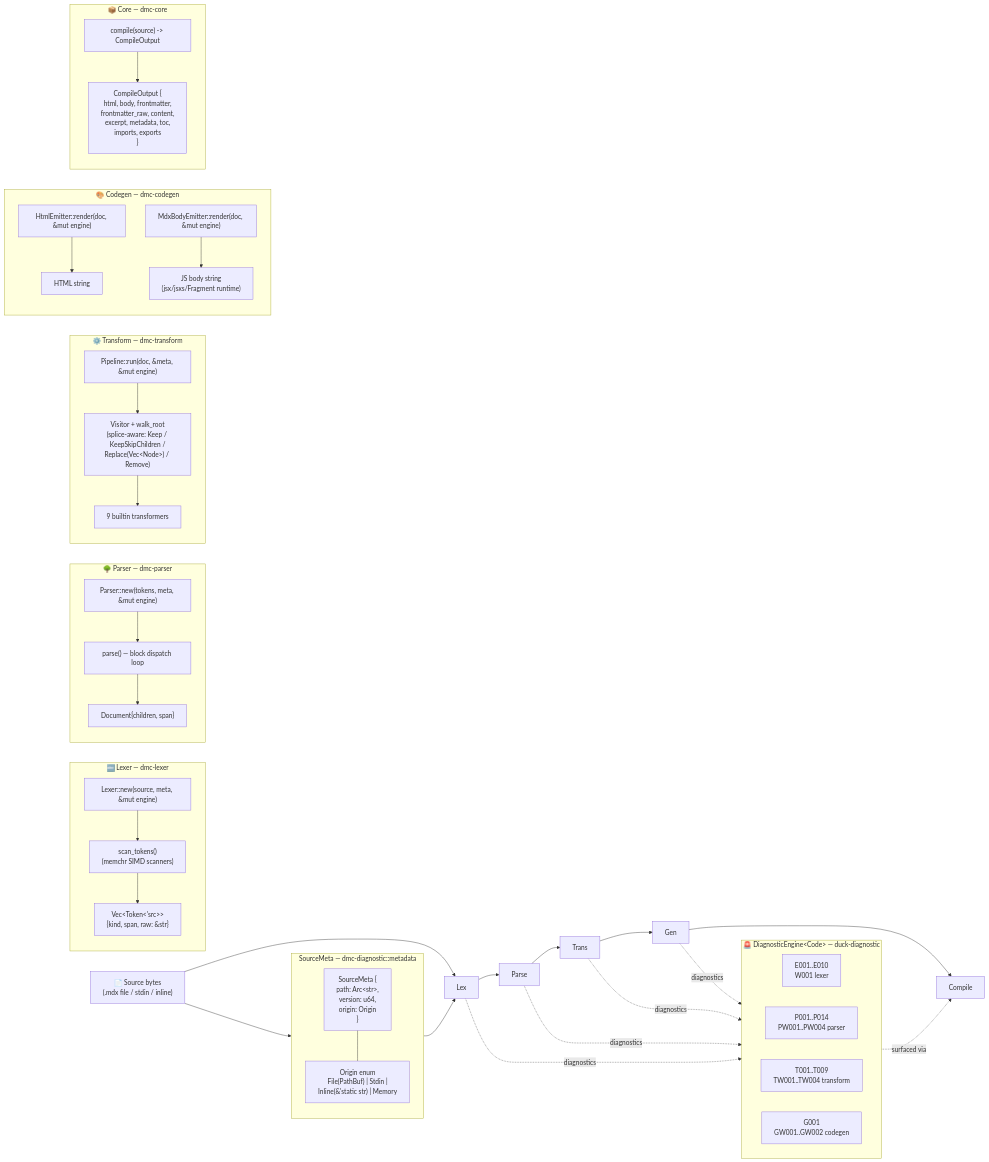
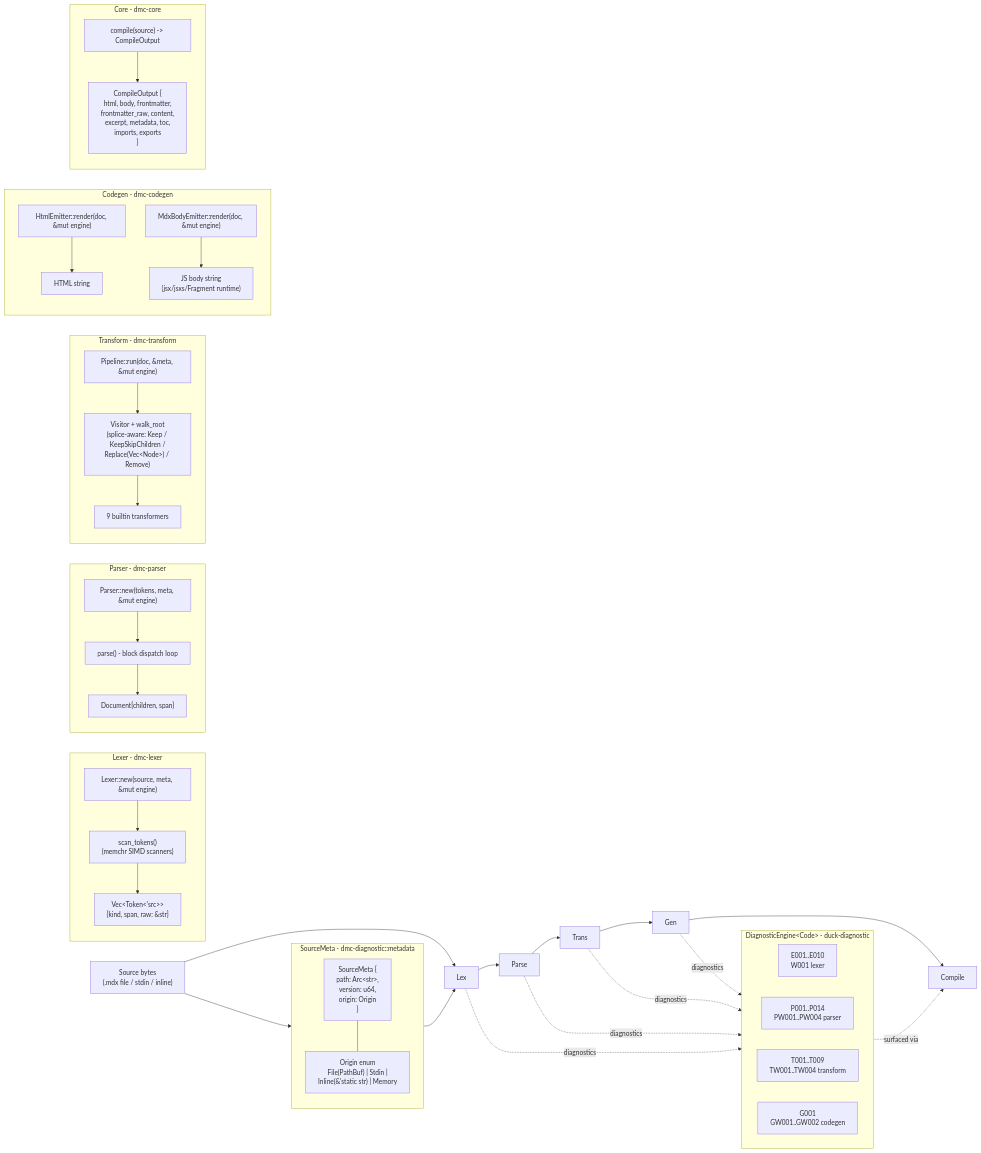
The first of 9 diagrams in examples/samples/architecture.mdx (gentleeduck/duck-mc), drawn with Mermaid before and after one commit. The commit also changed other lines of this file and 21 other files, not shown here.

````diff
--- a/examples/samples/architecture.mdx
+++ b/examples/samples/architecture.mdx
@@ -13,78 +13,78 @@
 ```mermaid
 flowchart LR
-  Source["📄 Source bytes<br/>(.mdx file / stdin / inline)"]
+  Source["Source bytes<br/>(.mdx file / stdin / inline)"]
   Source --> Meta
 
-  subgraph META["SourceMeta — dmc-diagnostic::metadata"]
+  subgraph META["SourceMeta - dmc-diagnostic::metadata"]
     direction TB
     Meta["SourceMeta {<br/>path: Arc&lt;str&gt;,<br/>version: u64,<br/>origin: Origin<br/>}"]
     Origin["Origin enum<br/>File(PathBuf) | Stdin |<br/>Inline(&amp;'static str) | Memory"]
     Meta --- Origin
   end
 
   Meta --> Lex
   Source --> Lex
 
-  subgraph LEX["🔤 Lexer — dmc-lexer"]
+  subgraph LEX["Lexer - dmc-lexer"]
     direction TB
     LexerNew["Lexer::new(source, meta, &amp;mut engine)"]
     LexScan["scan_tokens()<br/>(memchr SIMD scanners)"]
     Tokens["Vec&lt;Token&lt;'src&gt;&gt;<br/>{kind, span, raw: &amp;str}"]
     LexerNew --> LexScan --> Tokens
   end
 
   Lex --> Parse
 
-  subgraph PARSE["🌳 Parser — dmc-parser"]
+  subgraph PARSE["Parser - dmc-parser"]
     direction TB
     ParserNew["Parser::new(tokens, meta, &amp;mut engine)"]
-    ParseLoop["parse() — block dispatch loop"]
+    ParseLoop["parse() - block dispatch loop"]
     AstAll["Document{children, span}"]
     ParserNew --> ParseLoop --> AstAll
   end
 
   Parse --> Trans
 
-  subgraph TRANS["⚙️ Transform — dmc-transform"]
+  subgraph TRANS["Transform - dmc-transform"]
     direction TB
     PipelineRun["Pipeline::run(doc, &amp;meta, &amp;mut engine)"]
     Visitor["Visitor + walk_root<br/>(splice-aware: Keep / KeepSkipChildren /<br/>Replace(Vec&lt;Node&gt;) / Remove)"]
     Transformers["9 builtin transformers"]
     PipelineRun --> Visitor --> Transformers
   end
 
   Trans --> Gen
 
-  subgraph GEN["🎨 Codegen — dmc-codegen"]
+  subgraph GEN["Codegen - dmc-codegen"]
     direction TB
     Html["HtmlEmitter::render(doc, &amp;mut engine)"]
     Mdx["MdxBodyEmitter::render(doc, &amp;mut engine)"]
     HtmlOut["HTML string"]
     MdxOut["JS body string<br/>(jsx/jsxs/Fragment runtime)"]
     Html --> HtmlOut
     Mdx --> MdxOut
   end
 
   Gen --> Compile
 
-  subgraph CORE["📦 Core — dmc-core"]
+  subgraph CORE["Core - dmc-core"]
     direction TB
     CompileFn["compile(source) -> CompileOutput"]
     Output["CompileOutput {<br/>html, body, frontmatter,<br/>frontmatter_raw, content,<br/>excerpt, metadata, toc,<br/>imports, exports<br/>}"]
     CompileFn --> Output
   end
 
-  subgraph DIAG["🚨 DiagnosticEngine&lt;Code&gt; — duck-diagnostic"]
+  subgraph DIAG["DiagnosticEngine&lt;Code&gt; - duck-diagnostic"]
     direction LR
     LexCodes["E001..E010<br/>W001 lexer"]
     ParseCodes["P001..P014<br/>PW001..PW004 parser"]
     TransCodes["T001..T009<br/>TW001..TW004 transform"]
     GenCodes["G001<br/>GW001..GW002 codegen"]
   end
 
   Lex -.diagnostics.-> DIAG
   Parse -.diagnostics.-> DIAG
   Trans -.diagnostics.-> DIAG
   Gen -.diagnostics.-> DIAG
   DIAG -.surfaced via.-> Compile
 ```
````
